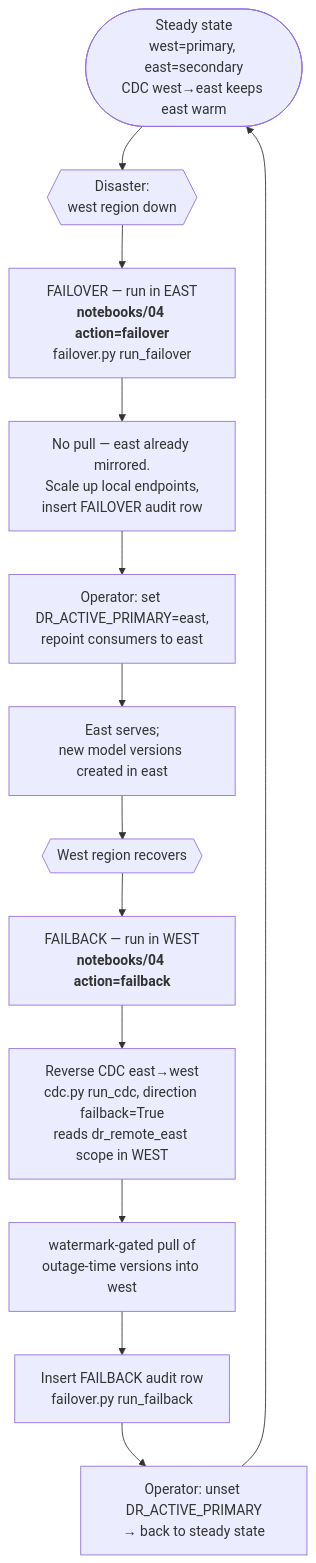
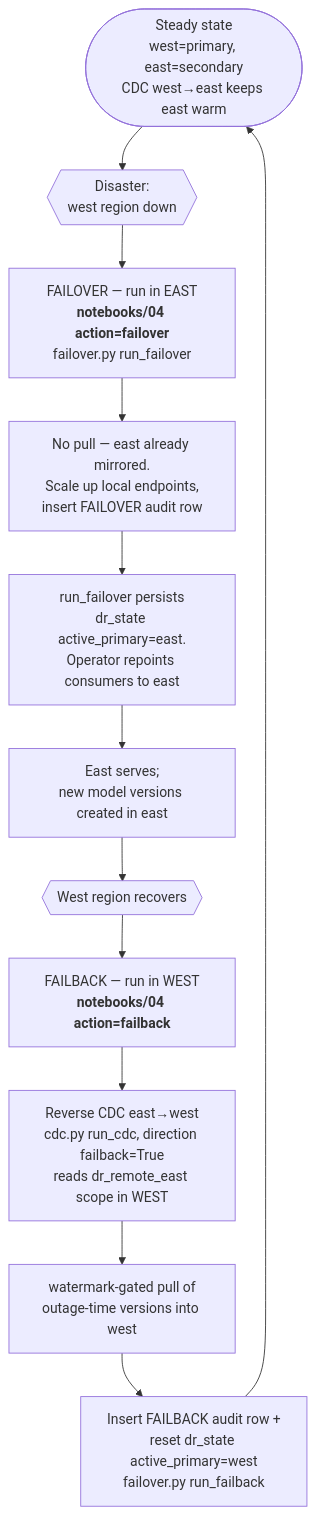
One commit to ankitad-db/disaster-recovery-poc changed the fourth of 5 diagrams in docs/architecture.md. Above: the diagram before and after it, drawn with Mermaid. The commit also changed other lines of this file and 10 other files, not shown here.

First line of the commit message:
Durable active-role state (dr_state) so failover survives across jobs

````diff
--- a/docs/architecture.md
+++ b/docs/architecture.md
@@ -268,17 +276,16 @@
 ```mermaid
 flowchart TD
     Steady([Steady state<br/>west=primary, east=secondary<br/>CDC west→east keeps east warm]) --> Boom{{Disaster:<br/>west region down}}
 
     Boom --> FO[FAILOVER — run in EAST<br/><b>notebooks/04 action=failover</b><br/>failover.py run_failover]
     FO --> FO1[No pull — east already mirrored.<br/>Scale up local endpoints,<br/>insert FAILOVER audit row]
-    FO1 --> FO2[Operator: set DR_ACTIVE_PRIMARY=east,<br/>repoint consumers to east]
+    FO1 --> FO2[run_failover persists<br/>dr_state active_primary=east.<br/>Operator repoints consumers to east]
     FO2 --> Outage[East serves;<br/>new model versions created in east]
 
     Outage --> Recover{{West region recovers}}
     Recover --> FB[FAILBACK — run in WEST<br/><b>notebooks/04 action=failback</b>]
     FB --> FB1[Reverse CDC east→west<br/>cdc.py run_cdc, direction failback=True<br/>reads dr_remote_east scope in WEST]
     FB1 --> FB2[watermark-gated pull of<br/>outage-time versions into west]
-    FB2 --> FB3[Insert FAILBACK audit row<br/>failover.py run_failback]
-    FB3 --> Restore[Operator: unset DR_ACTIVE_PRIMARY<br/>→ back to steady state]
-    Restore --> Steady
+    FB2 --> FB3[Insert FAILBACK audit row +<br/>reset dr_state active_primary=west<br/>failover.py run_failback]
+    FB3 --> Steady
 ```
````
